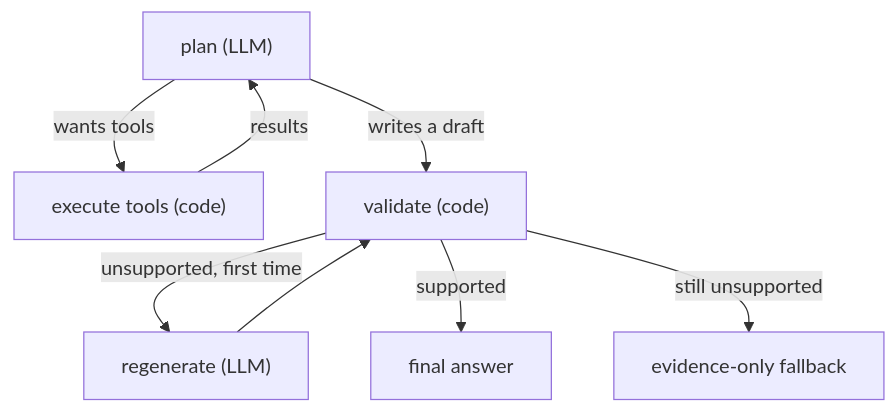
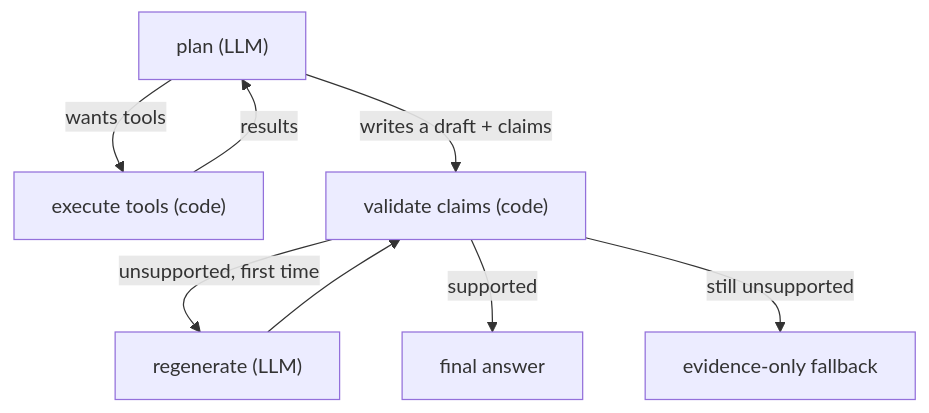
The third of 3 diagrams in docs/HOW_IT_WORKS.md (shaaz1000/pid-graph-agent), drawn with Mermaid before and after one commit. The commit also changed other lines of this file and 6 other files, not shown here.

````diff
--- a/docs/HOW_IT_WORKS.md
+++ b/docs/HOW_IT_WORKS.md
@@ -284,10 +313,10 @@
 ```mermaid
 flowchart TD
     P["plan (LLM)"] -->|"wants tools"| E["execute tools (code)"]
     E -->|"results"| P
-    P -->|"writes a draft"| V["validate (code)"]
+    P -->|"writes a draft + claims"| V["validate claims (code)"]
     V -->|"unsupported, first time"| R["regenerate (LLM)"]
     R --> V
     V -->|"supported"| F["final answer"]
     V -->|"still unsupported"| B["evidence-only fallback"]
 ```
````
